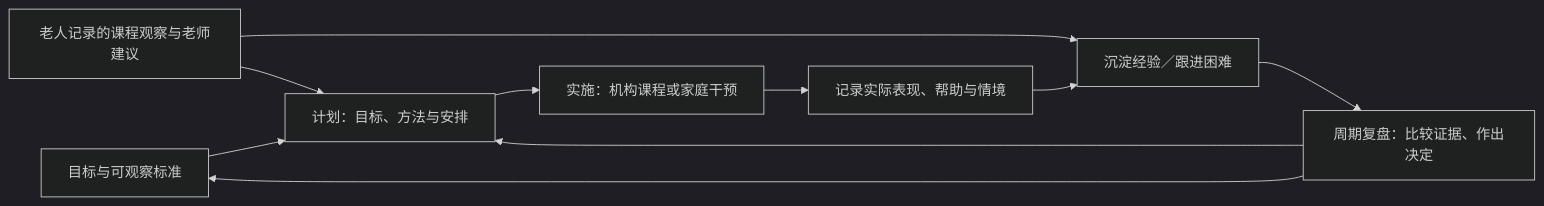
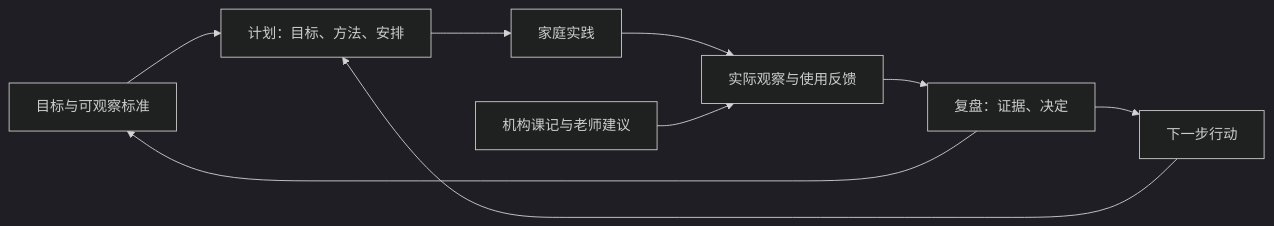
The first of 2 diagrams in docs/prd-family-intervention.md (q9good/skarmar), drawn with Mermaid (dark theme) before and after one commit. The commit also changed other lines of this file, not shown here.

````diff
--- a/docs/prd-family-intervention.md
+++ b/docs/prd-family-intervention.md
@@ -23,12 +23,11 @@
 ```mermaid
 flowchart LR
-  G[目标与可观察标准] --> P[计划：目标、方法与安排]
-  P --> D[实施：机构课程或家庭干预]
-  D --> O[记录实际表现、帮助与情境]
-  O --> K[沉淀经验／跟进困难]
-  K --> R[周期复盘：比较证据、作出决定]
+  G[目标与可观察标准] --> P[计划：目标、方法、安排]
+  P --> D[家庭实践]
+  D --> O[实际观察与使用反馈]
+  L[机构课记与老师建议] --> O
+  O --> R[复盘：证据、决定]
+  R --> A[下一步行动]
+  A --> P
   R --> G
-  R --> P
-  L[老人记录的课程观察与老师建议] --> K
-  L --> P
 ```
````
